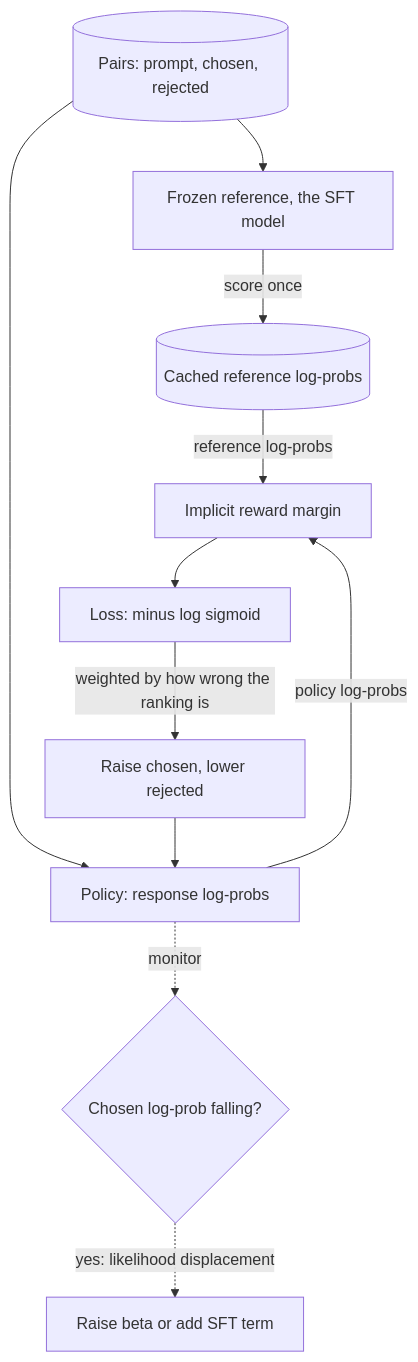
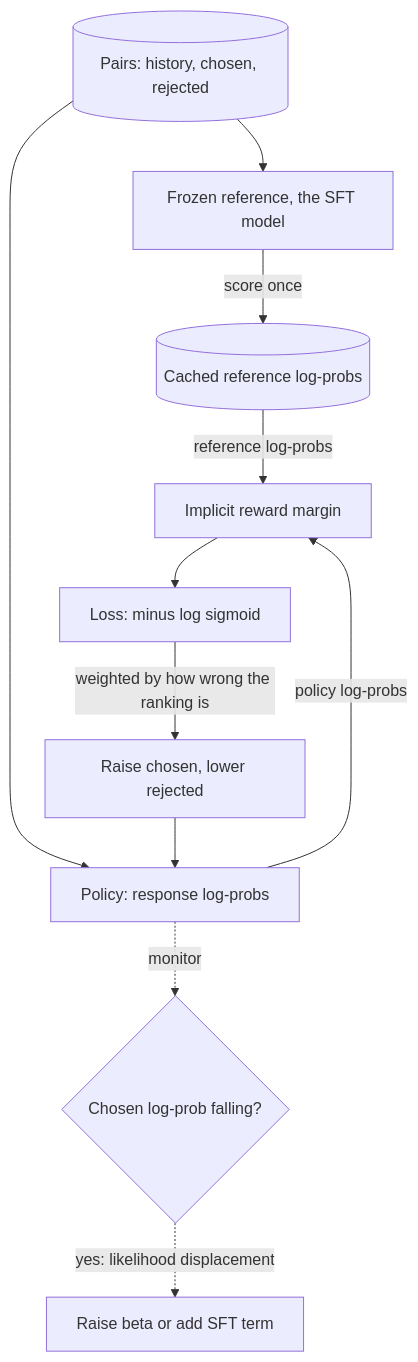
Before and after one commit to lovishmahajan97/agentic-learning: the diagram in content/training-adaptation/dpo.md, drawn with Mermaid. The commit also changed other lines of this file and 266 other files, not shown here.

````diff
--- a/content/training-adaptation/dpo.md
+++ b/content/training-adaptation/dpo.md
@@ -118,13 +136,13 @@
 ```mermaid
 flowchart TD
-    D[("Pairs: prompt, chosen, rejected")] --> REF["Frozen reference, the SFT model"]
+    D[("Pairs: history, chosen, rejected")] --> REF["Frozen reference, the SFT model"]
     REF -->|"score once"| C[("Cached reference log-probs")]
     D --> POL["Policy: response log-probs"]
     POL -->|"policy log-probs"| M["Implicit reward margin"]
     C -->|"reference log-probs"| M
     M --> L["Loss: minus log sigmoid"]
     L -->|"weighted by how wrong the ranking is"| G["Raise chosen, lower rejected"]
     G --> POL
     POL -.->|"monitor"| W{"Chosen log-prob falling?"}
     W -.->|"yes: likelihood displacement"| FX["Raise beta or add SFT term"]
 ```
````
